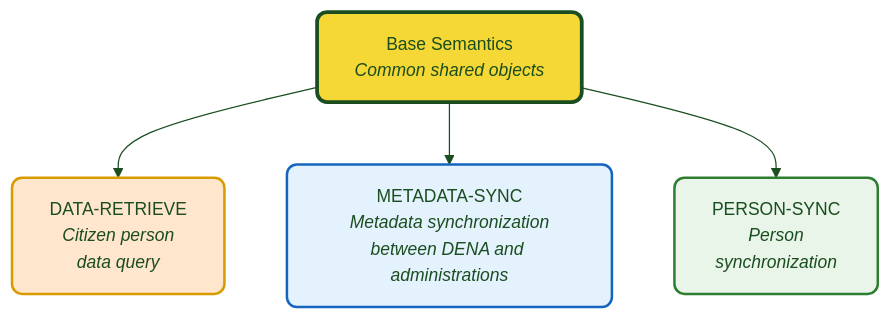
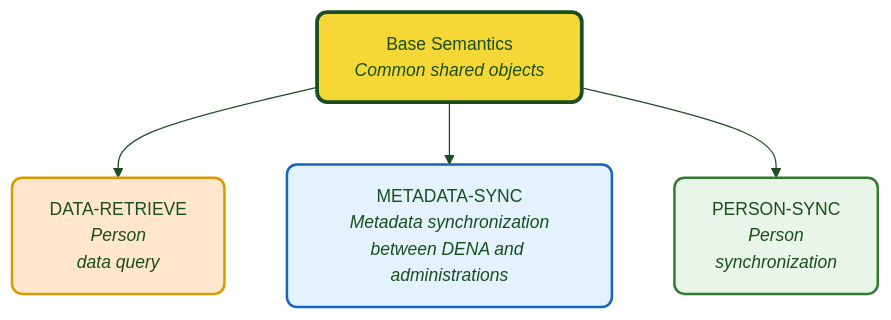
One commit to DENA-Euskadi/dena-euskadi.github.io changed the diagram in docs/semantica/index.en.md. Above: the diagram before and after it, drawn with Mermaid. The commit also changed other lines of this file and 193 other files, not shown here.

````diff
--- a/docs/semantica/index.en.md
+++ b/docs/semantica/index.en.md
@@ -9,24 +9,24 @@
 ```mermaid
 ---
 config:
   theme: base
   themeVariables:
     primaryColor: "#FFFFFF"
     primaryTextColor: "#1a4d1f"
     primaryBorderColor: "#70d680"
     lineColor: "#1a4d1f"
     fontSize: "14px"
     fontFamily: "Manrope, sans-serif"
 ---
 flowchart TD
     BASE["Base Semantics<br/><i>Common shared objects</i>"]
 
-    BASE --> DR["DATA-RETRIEVE<br/><i>Citizen person<br/>data query</i>"]
+    BASE --> DR["DATA-RETRIEVE<br/><i>Person<br/>data query</i>"]
     BASE --> DS["METADATA-SYNC<br/><i>Metadata synchronization<br/>between DENA and administrations</i>"]
     BASE --> PS["PERSON-SYNC<br/><i>Person<br/>synchronization</i>"]
 
     style BASE fill:#f5d836,stroke:#1a4d1f,color:#1a4d1f,stroke-width:3px,rx:8,ry:8
     style DR fill:#ffe6cc,stroke:#d79b00,color:#1a4d1f,stroke-width:2px,rx:8,ry:8
     style DS fill:#e3f2fd,stroke:#1565c0,color:#1a4d1f,stroke-width:2px,rx:8,ry:8
     style PS fill:#e8f5e8,stroke:#2e7d32,color:#1a4d1f,stroke-width:2px,rx:8,ry:8
 ```
````
